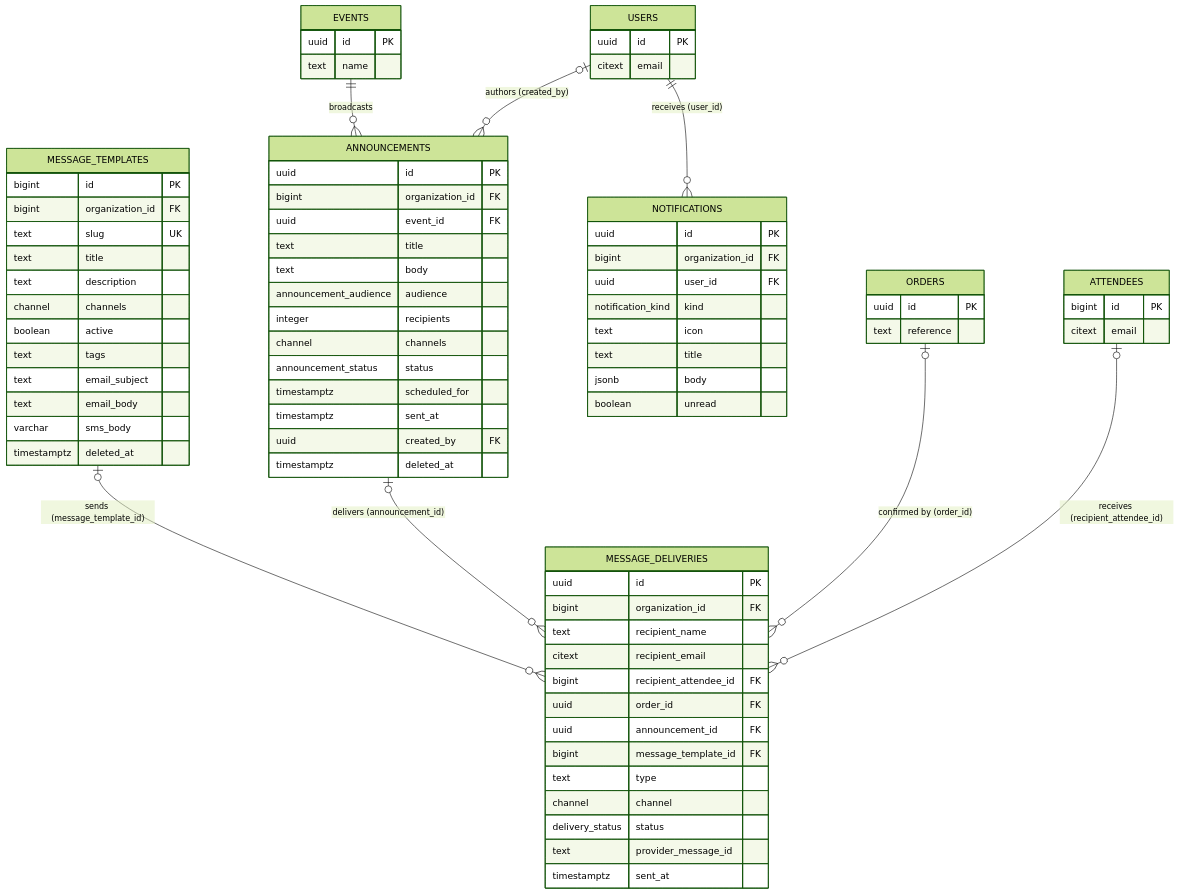
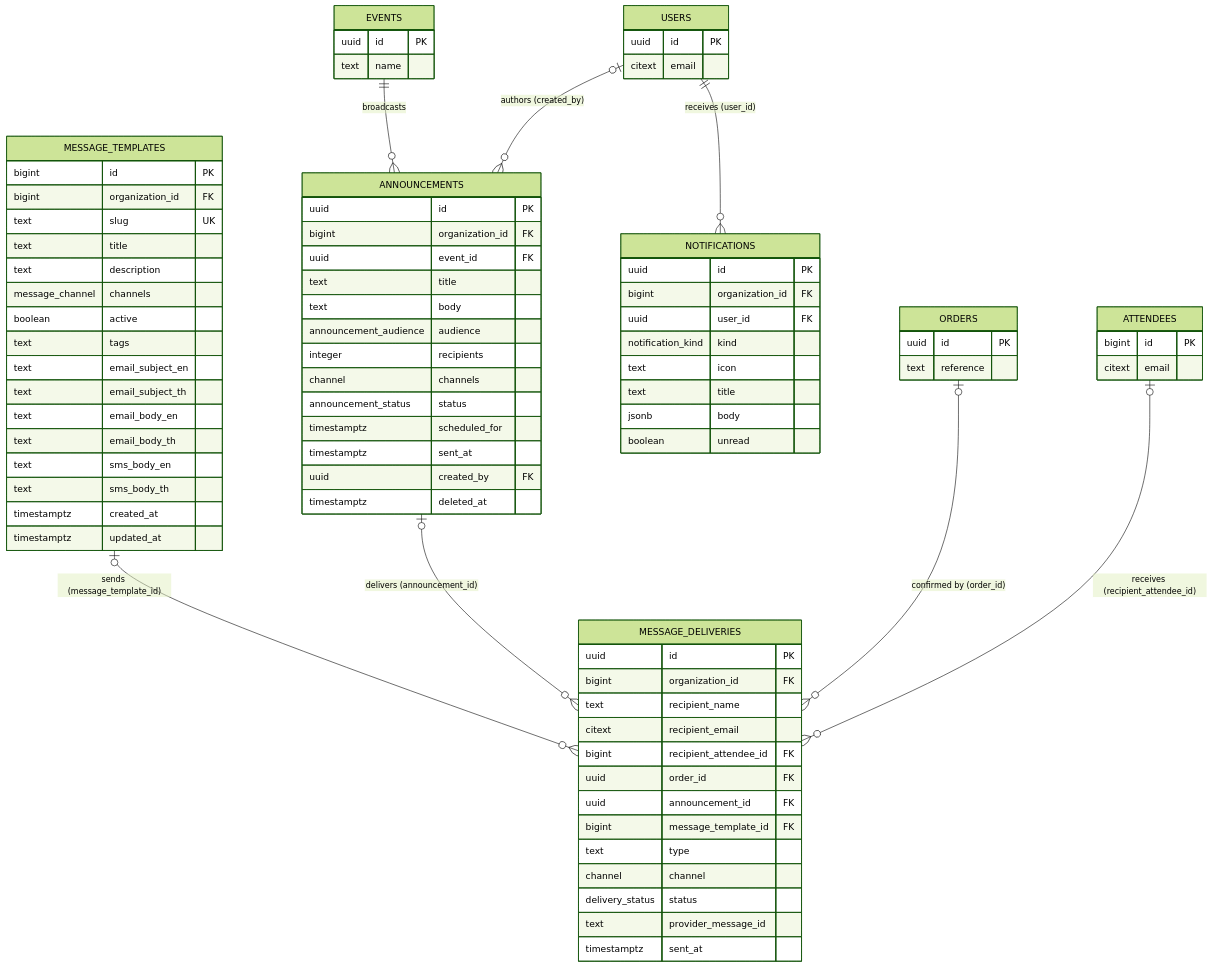
The ninth of 13 diagrams in 04-architecture/erd.md (kaungkhantdev/eventa-docs), drawn with Mermaid (forest theme) before and after one commit. The commit also changed other lines of this file and 5 other files, not shown here.

Commit message:
entities and erd reconcile

```diff
--- a/04-architecture/erd.md
+++ b/04-architecture/erd.md
@@ -1189,13 +1322,17 @@
         text slug UK
         text title
         text description
-        channel channels
+        message_channel channels
         boolean active
         text tags
-        text email_subject
-        text email_body
-        varchar sms_body
-        timestamptz deleted_at
+        text email_subject_en
+        text email_subject_th
+        text email_body_en
+        text email_body_th
+        text sms_body_en
+        text sms_body_th
+        timestamptz created_at
+        timestamptz updated_at
     }
     ANNOUNCEMENTS {
         uuid id PK
```
